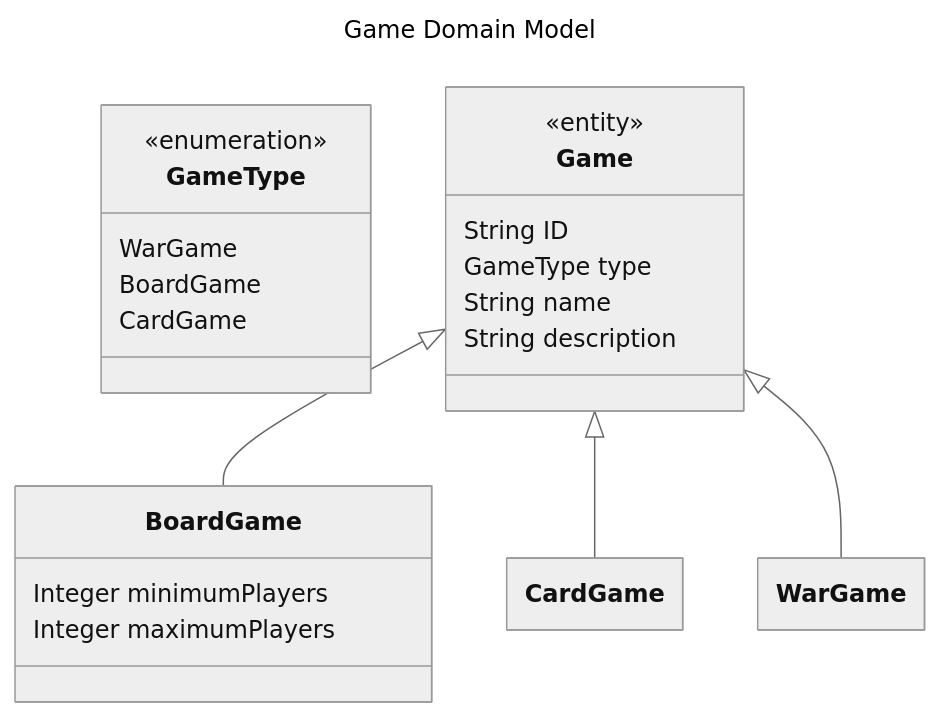
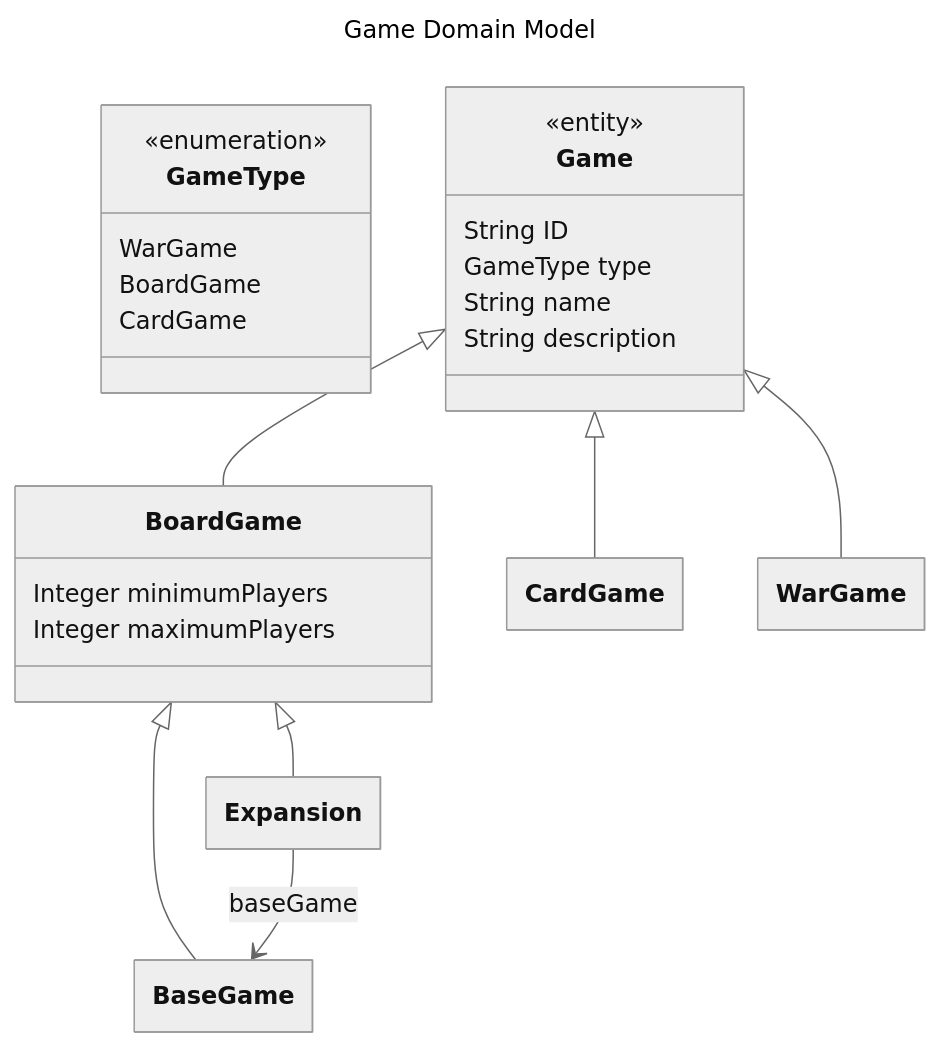
The diagram in design/data/game.md (AdrianMiley/War-Games-League), drawn with Mermaid (neutral theme) before and after one commit. The commit also changed other lines of this file and 5 other files, not shown here.

````diff
--- a/design/data/game.md
+++ b/design/data/game.md
@@ -1,31 +9,35 @@
 ```mermaid
 ---
   title: Game Domain Model
   config:
     class:
       hideEmptyMembersBox: true
 ---
 %%    namespace "game"
 classDiagram
     class GameType {
         <<enumeration>>
         WarGame
         BoardGame
         CardGame
     }
     class Game {
         <<entity>>
         String ID 
         GameType type
         String name
         String description
     }
     class BoardGame {
         Integer minimumPlayers
         Integer maximumPlayers
     }
-
+%%    class BaseGame {}
+%%    class Expansion {}
     Game <|-- BoardGame 
     Game <|-- CardGame 
-    Game <|-- WarGame 
+    Game <|-- WarGame
+    BoardGame <|-- BaseGame
+    BoardGame <|-- Expansion 
+    Expansion --> BaseGame : baseGame
 ```
````
